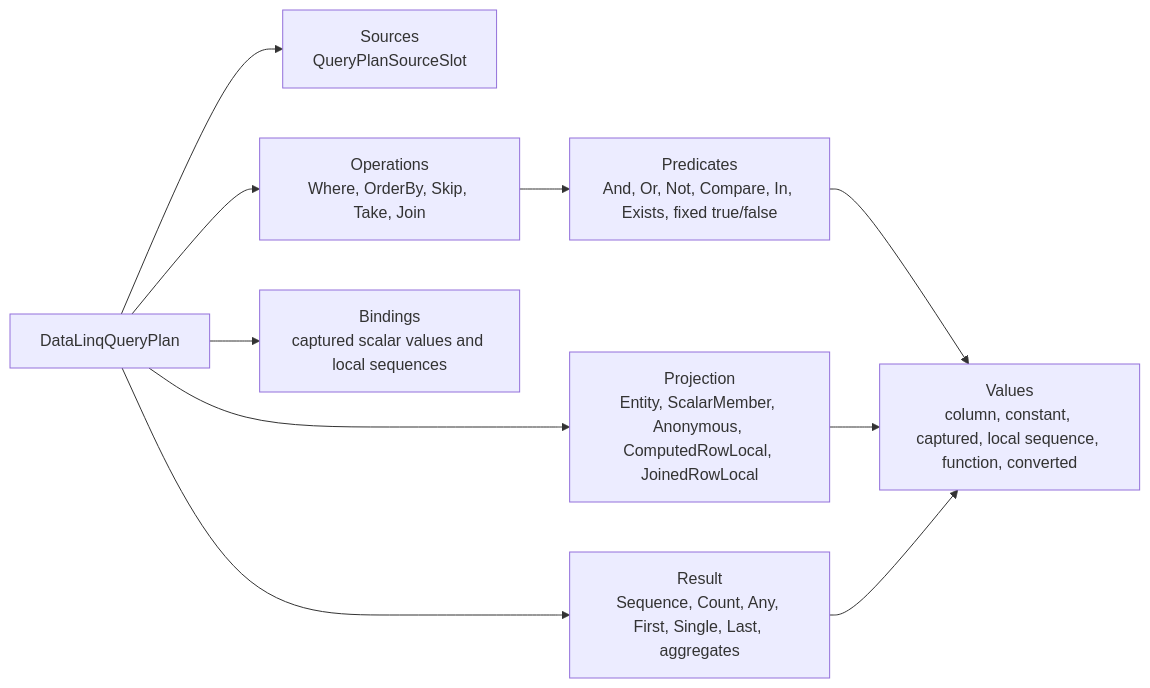
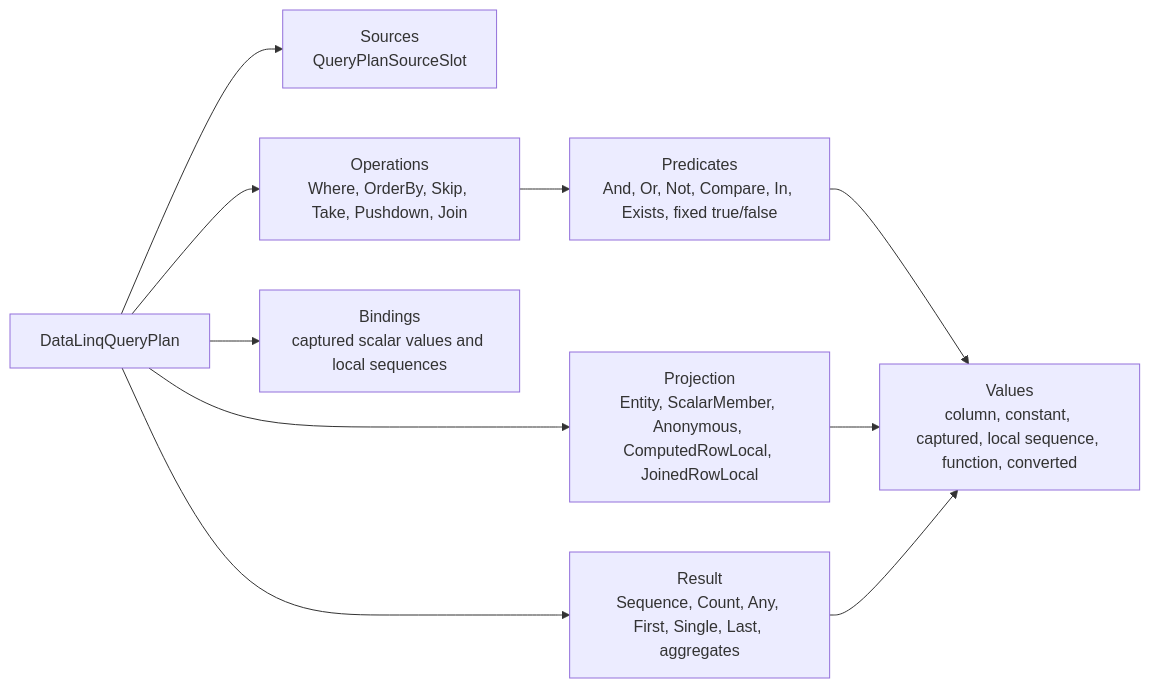
The second of 7 diagrams in docs/internals/LINQ Parser Architecture.md (bazer/DataLinq), drawn with Mermaid before and after one commit. The commit also changed other lines of this file and 19 other files, not shown here.

````diff
--- a/docs/internals/LINQ Parser Architecture.md
+++ b/docs/internals/LINQ Parser Architecture.md
@@ -45,13 +45,13 @@
 ```mermaid
 flowchart LR
     P["DataLinqQueryPlan"] --> S["Sources<br/>QueryPlanSourceSlot"]
-    P --> O["Operations<br/>Where, OrderBy, Skip, Take, Join"]
+    P --> O["Operations<br/>Where, OrderBy, Skip, Take, Pushdown, Join"]
     P --> R["Result<br/>Sequence, Count, Any, First, Single, Last, aggregates"]
     P --> X["Projection<br/>Entity, ScalarMember, Anonymous, ComputedRowLocal, JoinedRowLocal"]
     P --> B["Bindings<br/>captured scalar values and local sequences"]
 
     O --> Q["Predicates<br/>And, Or, Not, Compare, In, Exists, fixed true/false"]
     Q --> V["Values<br/>column, constant, captured, local sequence, function, converted"]
     X --> V
     R --> V
 ```
````
